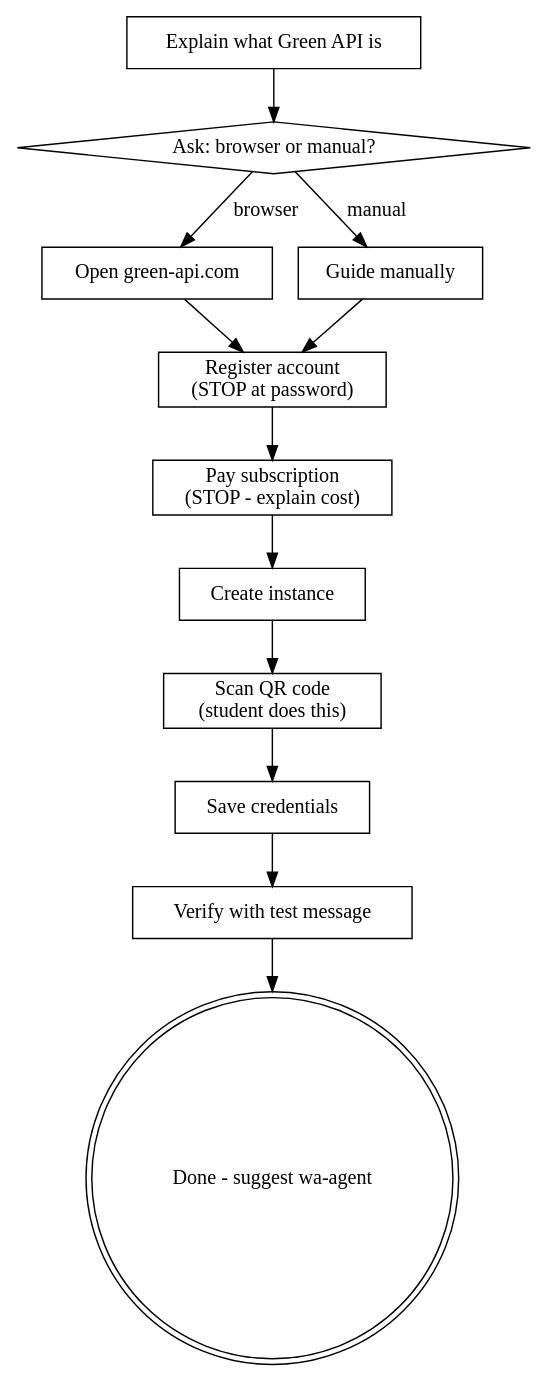
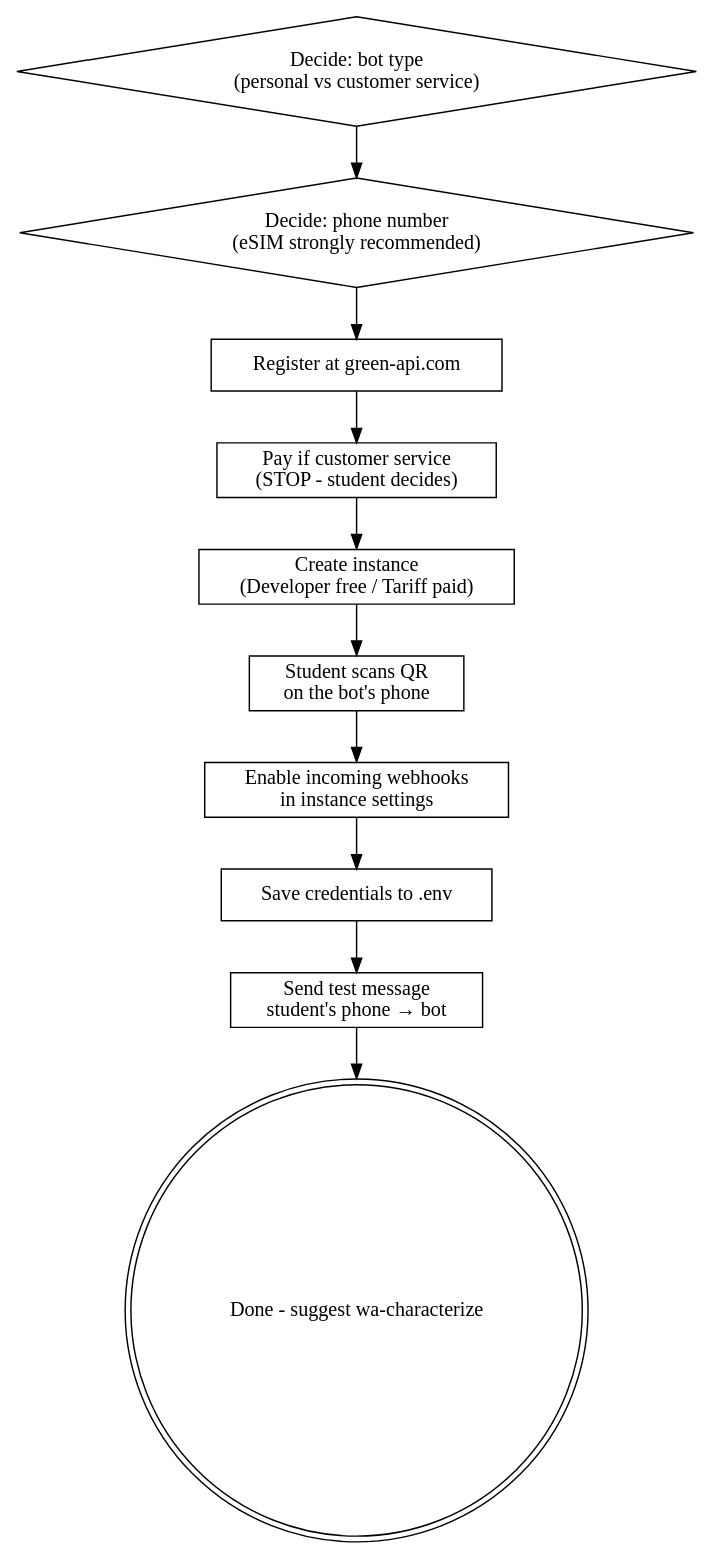
One commit to Asher-pro/wa-whatsapp-agent changed the diagram in skills/wa-setup/SKILL.md. Above: the diagram before and after it, drawn with Graphviz. The commit also changed other lines of this file and 25 other files, not shown here.

````diff
--- a/skills/wa-setup/SKILL.md
+++ b/skills/wa-setup/SKILL.md
@@ -16,28 +33,25 @@
 ```dot
 digraph wa_setup {
     rankdir=TB;
-    "Explain what Green API is" [shape=box];
-    "Ask: browser or manual?" [shape=diamond];
-    "Open green-api.com" [shape=box];
-    "Guide manually" [shape=box];
-    "Register account\n(STOP at password)" [shape=box];
-    "Pay subscription\n(STOP - explain cost)" [shape=box];
-    "Create instance" [shape=box];
-    "Scan QR code\n(student does this)" [shape=box];
-    "Save credentials" [shape=box];
-    "Verify with test message" [shape=box];
-    "Done - suggest wa-agent" [shape=doublecircle];
+    "Decide: bot type\n(personal vs customer service)" [shape=diamond];
+    "Decide: phone number\n(eSIM strongly recommended)" [shape=diamond];
+    "Register at green-api.com" [shape=box];
+    "Pay if customer service\n(STOP - student decides)" [shape=box];
+    "Create instance\n(Developer free / Tariff paid)" [shape=box];
+    "Student scans QR\non the bot's phone" [shape=box];
+    "Enable incoming webhooks\nin instance settings" [shape=box];
+    "Save credentials to .env" [shape=box];
+    "Send test message\nstudent's phone → bot" [shape=box];
+    "Done - suggest wa-characterize" [shape=doublecircle];
 
-    "Explain what Green API is" -> "Ask: browser or manual?";
-    "Ask: browser or manual?" -> "Open green-api.com" [label="browser"];
-    "Ask: browser or manual?" -> "Guide manually" [label="manual"];
-    "Open green-api.com" -> "Register account\n(STOP at password)";
-    "Guide manually" -> "Register account\n(STOP at password)";
-    "Register account\n(STOP at password)" -> "Pay subscription\n(STOP - explain cost)";
-    "Pay subscription\n(STOP - explain cost)" -> "Create instance";
-    "Create instance" -> "Scan QR code\n(student does this)";
-    "Scan QR code\n(student does this)" -> "Save credentials";
-    "Save credentials" -> "Verify with test message";
-    "Verify with test message" -> "Done - suggest wa-agent";
+    "Decide: bot type\n(personal vs customer service)" -> "Decide: phone number\n(eSIM strongly recommended)";
+    "Decide: phone number\n(eSIM strongly recommended)" -> "Register at green-api.com";
+    "Register at green-api.com" -> "Pay if customer service\n(STOP - student decides)";
+    "Pay if customer service\n(STOP - student decides)" -> "Create instance\n(Developer free / Tariff paid)";
+    "Create instance\n(Developer free / Tariff paid)" -> "Student scans QR\non the bot's phone";
+    "Student scans QR\non the bot's phone" -> "Enable incoming webhooks\nin instance settings";
+    "Enable incoming webhooks\nin instance settings" -> "Save credentials to .env";
+    "Save credentials to .env" -> "Send test message\nstudent's phone → bot";
+    "Send test message\nstudent's phone → bot" -> "Done - suggest wa-characterize";
 }
 ```
````
